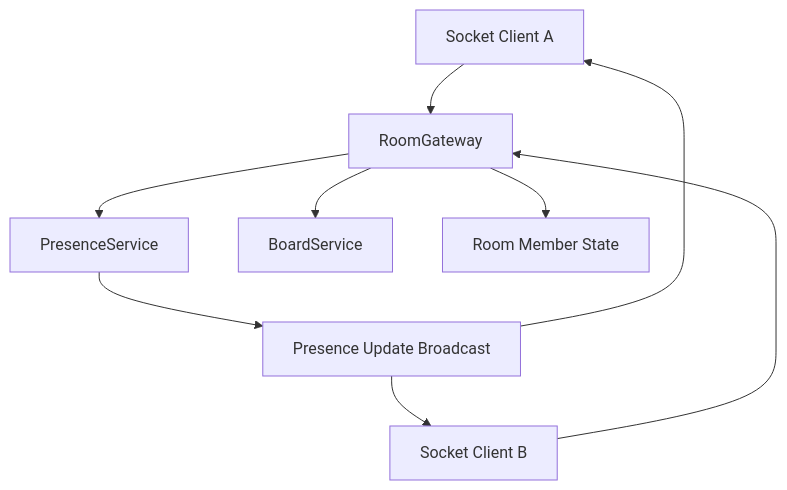
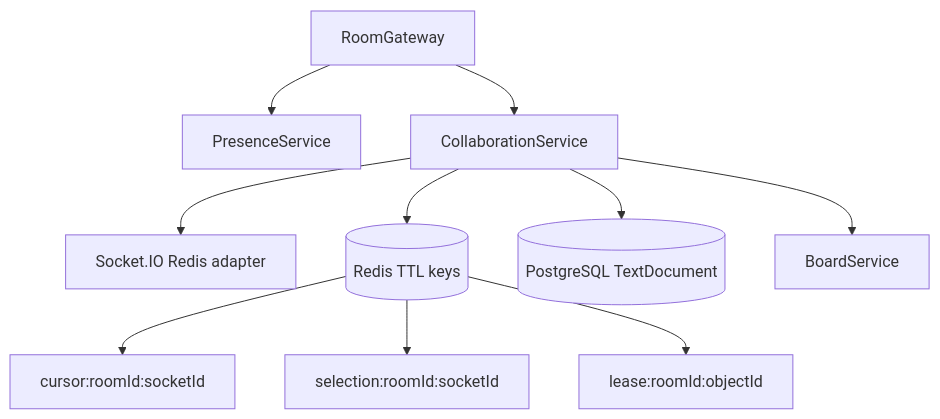
One commit to phapsucongu/white-board changed the eighth of 19 diagrams in REPO_REPORT.md. Above: the diagram before and after it, drawn with Mermaid. The commit also changed other lines of this file, not shown here.

````diff
--- a/REPO_REPORT.md
+++ b/REPO_REPORT.md
@@ -257,19 +483,13 @@
 ```mermaid
 flowchart TD
-  A[Socket Client A]
-  B[Socket Client B]
-  C[RoomGateway]
-  D[PresenceService]
-  E[BoardService]
-  F[Room Member State]
-  G[Presence Update Broadcast]
+  RoomGateway --> PresenceService
+  RoomGateway --> CollaborationService
+  CollaborationService --> RedisAdapter[Socket.IO Redis adapter]
+  CollaborationService --> RedisTTL[(Redis TTL keys)]
+  CollaborationService --> TextDocument[(PostgreSQL TextDocument)]
+  CollaborationService --> BoardService
 
-  A --> C
-  B --> C
-  C --> D
-  C --> E
-  D --> G
-  C --> F
-  G --> A
-  G --> B
+  RedisTTL --> CursorKeys[cursor:roomId:socketId]
+  RedisTTL --> SelectionKeys[selection:roomId:socketId]
+  RedisTTL --> LeaseKeys[lease:roomId:objectId]
 ```
````
